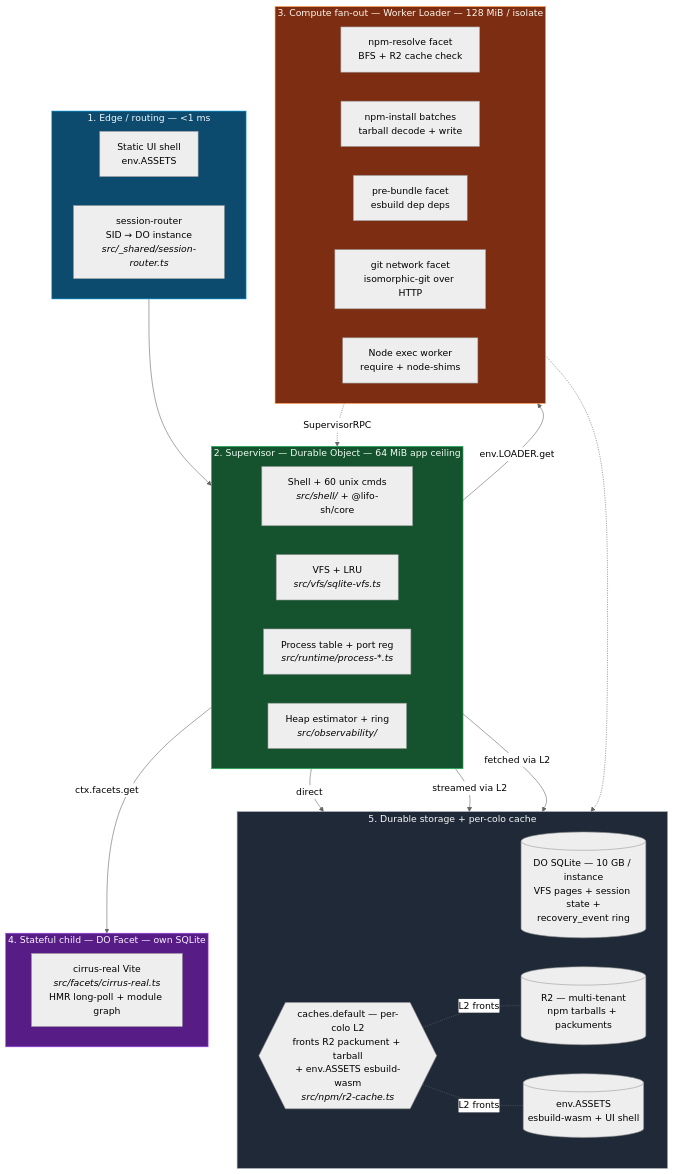
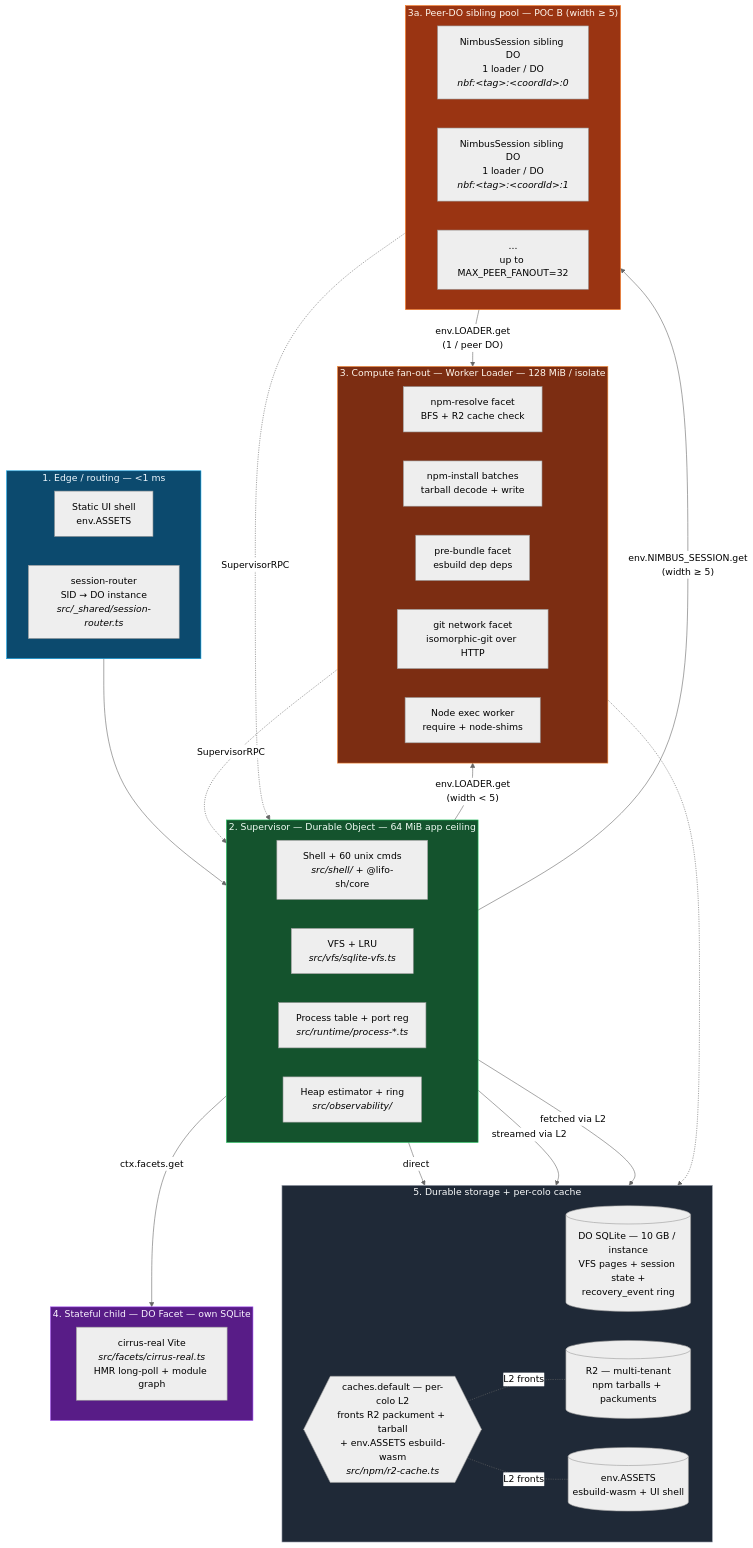
The fourth of 4 diagrams in README.md (AshishKumar4/Nimbus), drawn with Mermaid (neutral theme) before and after one commit. The commit also changed other lines of this file and 16 other files, not shown here.

First line of the commit message:
feat(fanout): two-tier-fanout — NimbusFanoutPool with POC C in-DO + POC B peer-DO routing

````diff
--- a/README.md
+++ b/README.md
@@ -251,59 +251,71 @@
 ```mermaid
 flowchart TB
     subgraph L1["1. Edge / routing — &lt;1 ms"]
         direction LR
         L1A["Static UI shell<br/>env.ASSETS"]
         L1B["session-router<br/>SID → DO instance<br/><i>src/_shared/session-router.ts</i>"]
     end
 
     subgraph L2["2. Supervisor — Durable Object — 64 MiB app ceiling"]
         direction LR
         L2A["Shell + 60 unix cmds<br/><i>src/shell/</i> + @lifo-sh/core"]
         L2B["VFS + LRU<br/><i>src/vfs/sqlite-vfs.ts</i>"]
         L2C["Process table + port reg<br/><i>src/runtime/process-*.ts</i>"]
         L2D["Heap estimator + ring<br/><i>src/observability/</i>"]
     end
 
     subgraph L3["3. Compute fan-out — Worker Loader — 128 MiB / isolate"]
         direction LR
         L3A["npm-resolve facet<br/>BFS + R2 cache check"]
         L3B["npm-install batches<br/>tarball decode + write"]
         L3C["pre-bundle facet<br/>esbuild dep deps"]
         L3D["git network facet<br/>isomorphic-git over HTTP"]
         L3E["Node exec worker<br/>require + node-shims"]
     end
 
+    subgraph L3P["3a. Peer-DO sibling pool — POC B (width ≥ 5)"]
+        direction LR
+        L3PA["NimbusSession sibling DO<br/>1 loader / DO<br/><i>nbf:&lt;tag&gt;:&lt;coordId&gt;:0</i>"]
+        L3PB["NimbusSession sibling DO<br/>1 loader / DO<br/><i>nbf:&lt;tag&gt;:&lt;coordId&gt;:1</i>"]
+        L3PC["...<br/>up to MAX_PEER_FANOUT=32"]
+    end
+
     subgraph L4["4. Stateful child — DO Facet — own SQLite"]
         L4A["cirrus-real Vite<br/><i>src/facets/cirrus-real.ts</i><br/>HMR long-poll + module graph"]
     end
 
     subgraph L5["5. Durable storage + per-colo cache"]
         direction LR
         L5A[("DO SQLite — 10 GB / instance<br/>VFS pages + session state +<br/>recovery_event ring")]
         L5B[("R2 — multi-tenant<br/>npm tarballs + packuments")]
         L5C[("env.ASSETS<br/>esbuild-wasm + UI shell")]
         L5D{{"caches.default — per-colo L2<br/>fronts R2 packument + tarball<br/>+ env.ASSETS esbuild-wasm<br/><i>src/npm/r2-cache.ts</i>"}}
     end
 
     L1 --> L2
-    L2 -- env.LOADER.get --> L3
+    L2 -- env.LOADER.get<br/>(width &lt; 5) --> L3
+    L2 -- env.NIMBUS_SESSION.get<br/>(width ≥ 5) --> L3P
+    L3P -- env.LOADER.get<br/>(1 / peer DO) --> L3
     L2 -- ctx.facets.get --> L4
     L2 -- direct --> L5A
     L2 -- streamed via L2 --> L5B
     L2 -- fetched via L2 --> L5C
     L5D -. L2 fronts .- L5B
     L5D -. L2 fronts .- L5C
     L3 -.-> L5B
     L3 -.->|SupervisorRPC| L2
+    L3P -.->|SupervisorRPC| L2
 
     classDef edge fill:#0c4a6e,stroke:#0ea5e9,color:#f0f9ff
     classDef sup fill:#14532d,stroke:#22c55e,color:#f0fdf4
     classDef loader fill:#7c2d12,stroke:#fb923c,color:#fff7ed
+    classDef peer fill:#9a3412,stroke:#f97316,color:#fff7ed
     classDef facet fill:#581c87,stroke:#a855f7,color:#faf5ff
     classDef store fill:#1f2937,stroke:#9ca3af,color:#f9fafb
     class L1 edge
     class L2 sup
     class L3 loader
+    class L3P peer
     class L4 facet
     class L5 store
 ```
````
